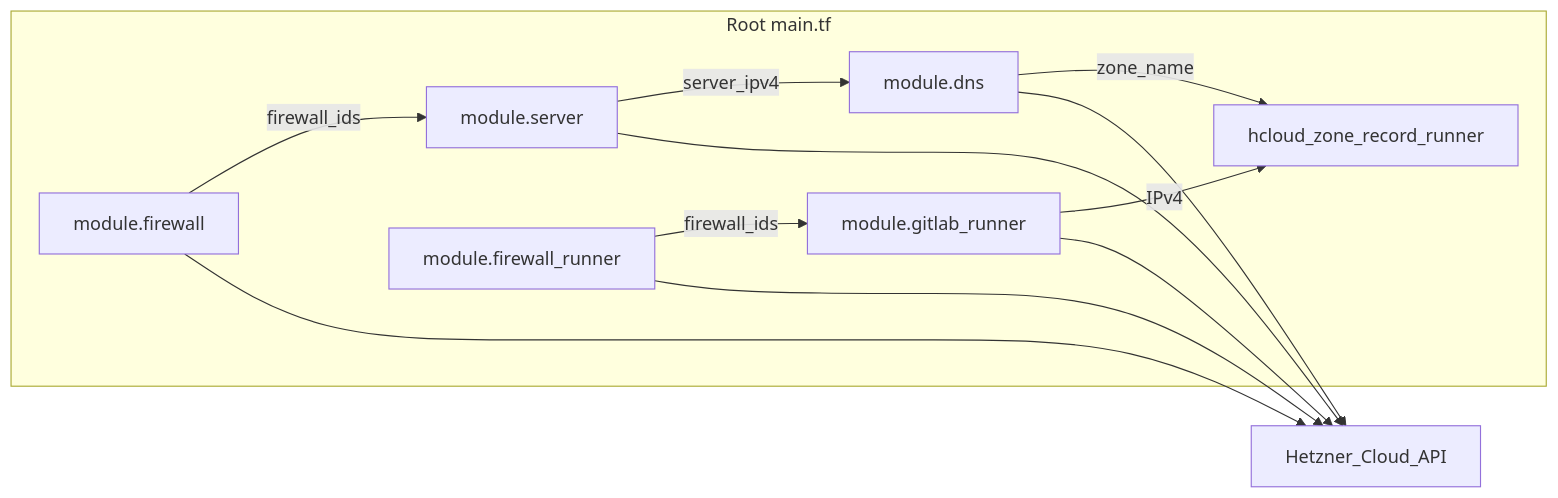
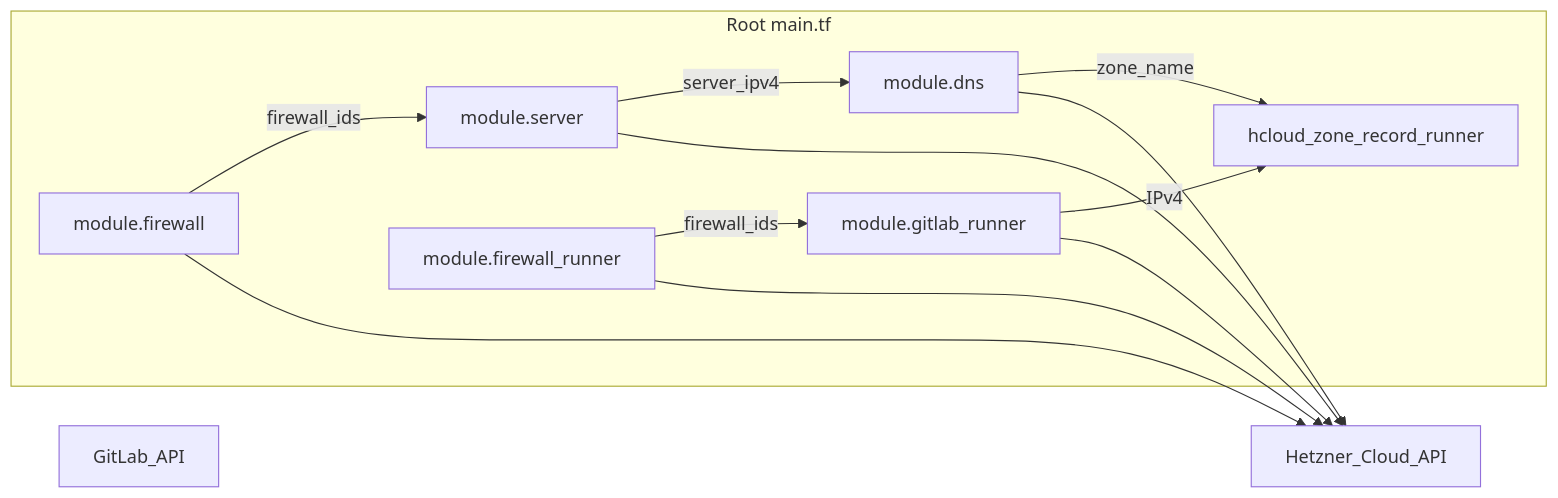
The first of 2 diagrams in README.md (HenryHST/gitlab-terraform-hcloud), drawn with Mermaid before and after one commit. The commit also changed other lines of this file and 6 other files, not shown here.

First line of the commit message:
Add GitLab provider resources and outputs for Terraform configuration

````diff
--- a/README.md
+++ b/README.md
@@ -30,22 +33,23 @@
 ```mermaid
 flowchart LR
   subgraph root [Root main.tf]
     FW[module.firewall]
     SRV[module.server]
     DNS[module.dns]
     FWR[module.firewall_runner]
     RUN[module.gitlab_runner]
     AR[hcloud_zone_record_runner]
   end
   FW -->|firewall_ids| SRV
   SRV -->|server_ipv4| DNS
   FWR -->|firewall_ids| RUN
   DNS -->|zone_name| AR
   RUN -->|IPv4| AR
   HCAPI[Hetzner_Cloud_API]
+  GLAPI[GitLab_API]
   FW --> HCAPI
   SRV --> HCAPI
   DNS --> HCAPI
   FWR --> HCAPI
   RUN --> HCAPI
 ```
````
